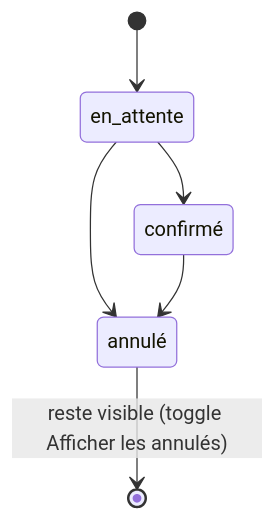
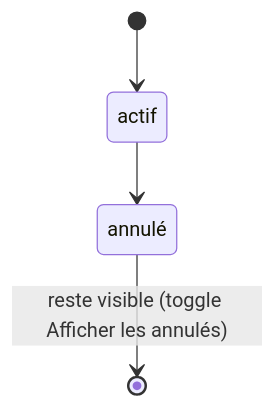
One commit to jcbdsgner/beauty-and-co-pos changed the second of 4 diagrams in docs/USERFLOW.md. Above: the diagram before and after it, drawn with Mermaid. The commit also changed other lines of this file and 12 other files, not shown here.

````diff
--- a/docs/USERFLOW.md
+++ b/docs/USERFLOW.md
@@ -98,8 +98,6 @@
 ```mermaid
 stateDiagram-v2
-    [*] --> en_attente
-    en_attente --> confirmé
-    en_attente --> annulé
-    confirmé --> annulé
+    [*] --> actif
+    actif --> annulé
     annulé --> [*]: reste visible (toggle Afficher les annulés)
 ```
````
